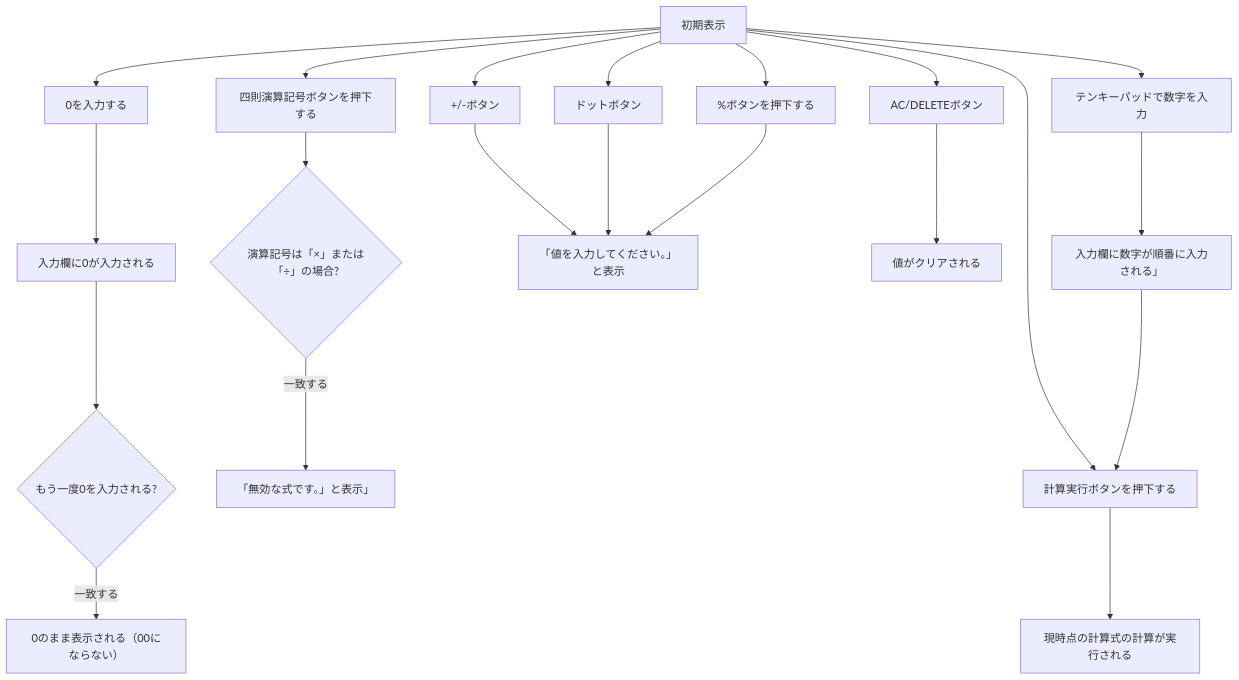
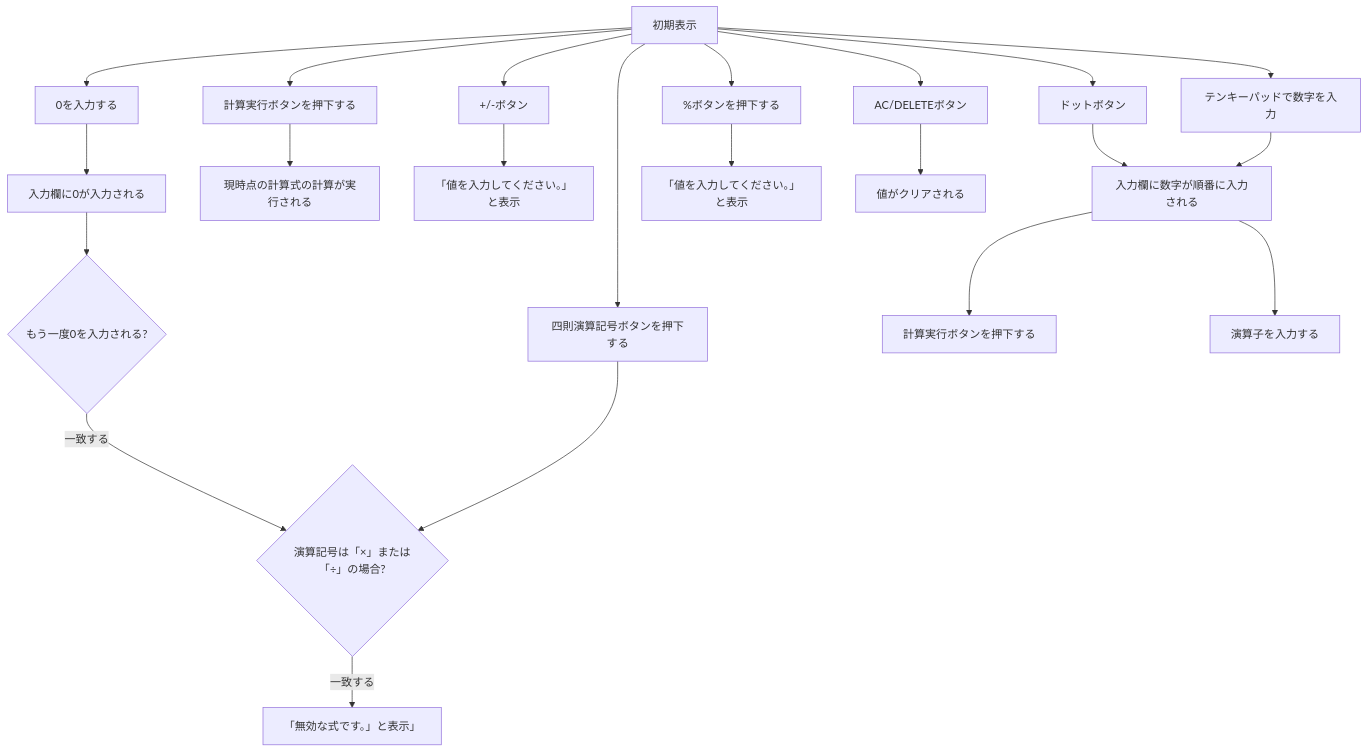
The diagram in 基本設計書.md (N3question/jsp-servlet-calculator), drawn with Mermaid before and after one commit.

````diff
--- a/基本設計書.md
+++ b/基本設計書.md
@@ -73,13 +73,15 @@
 ```mermaid
 flowchart TB
     A[初期表示] --> B[0を入力する] --> C[入力欄に0が入力される] -->
-    P{もう一度0を入力される?} -- 一致する --> Q[0のまま表示される（00にならない）]
-    A[初期表示] --> D[四則演算記号ボタンを押下する] -->
-    E{演算記号は「×」または「÷」の場合?} -- 一致する --> F[「無効な式です。」と表示」]
-    A[初期表示] --> G[計算実行ボタンを押下する] --> H[現時点の計算式の計算が実行される]
-    A[初期表示] --> I[+/-ボタン] --> J[「値を入力してください。」と表示]
-    A[初期表示] --> K[ドットボタン] --> J[「値を入力してください。」と表示]
-    A[初期表示] --> R[%ボタンを押下する] --> J[「値を入力してください。」と表示]
-    A[初期表示] --> L[AC/DELETEボタン] --> O[値がクリアされる]
-    A[初期表示] --> N[テンキーパッドで数字を入力] --> M[入力欄に数字が順番に入力される」] --> G[計算実行ボタンを押下する]
+    D{もう一度0を入力される?} -- 一致する --> E[0のまま表示される（00にならない）]
+    A[初期表示] --> F[四則演算記号ボタンを押下する] -->
+    E{演算記号は「×」または「÷」の場合?} -- 一致する --> G[「無効な式です。」と表示」]
+    A[初期表示] --> H[計算実行ボタンを押下する] --> I[現時点の計算式の計算が実行される]
+    A[初期表示] --> J[+/-ボタン] --> K[「値を入力してください。」と表示]
+    A[初期表示] --> L[ドットボタン] --> M[「値を入力してください。」と表示]
+    A[初期表示] --> N[%ボタンを押下する] --> O[「値を入力してください。」と表示]
+    A[初期表示] --> P[AC/DELETEボタン] --> Q[値がクリアされる]
+    A[初期表示] --> R[テンキーパッドで数字を入力] --> 
+    M[入力欄に数字が順番に入力される] --> S[計算実行ボタンを押下する]
+    M[入力欄に数字が順番に入力される] --> T[演算子を入力する]
 ```
````
